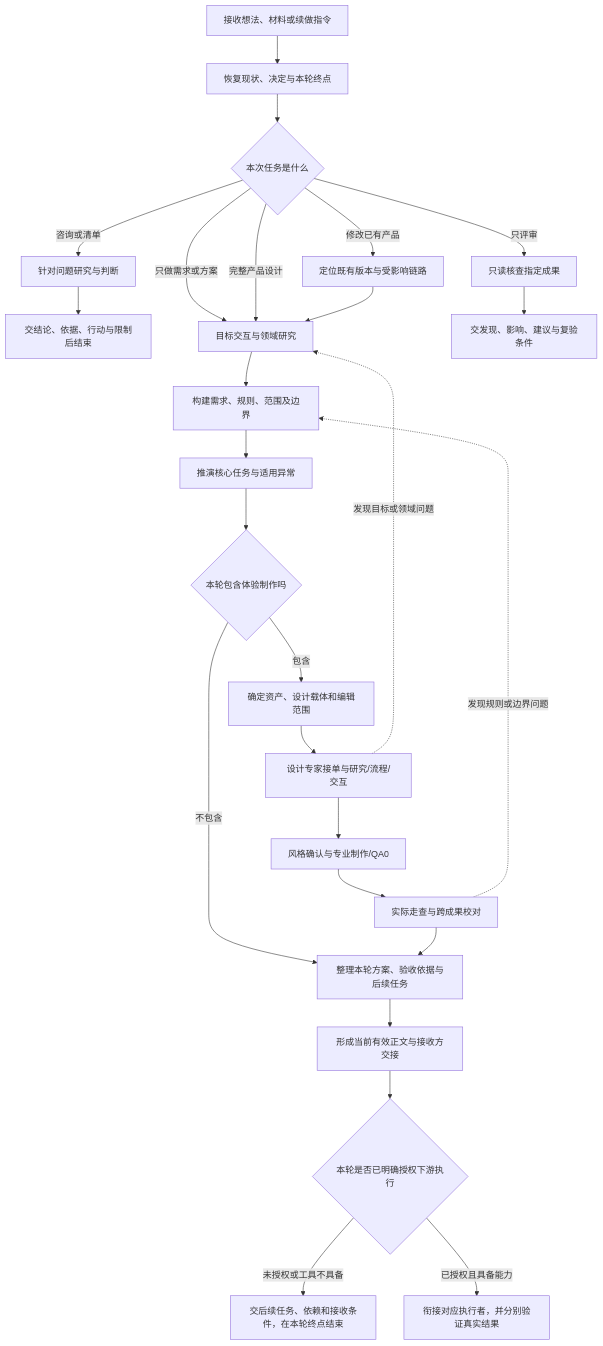
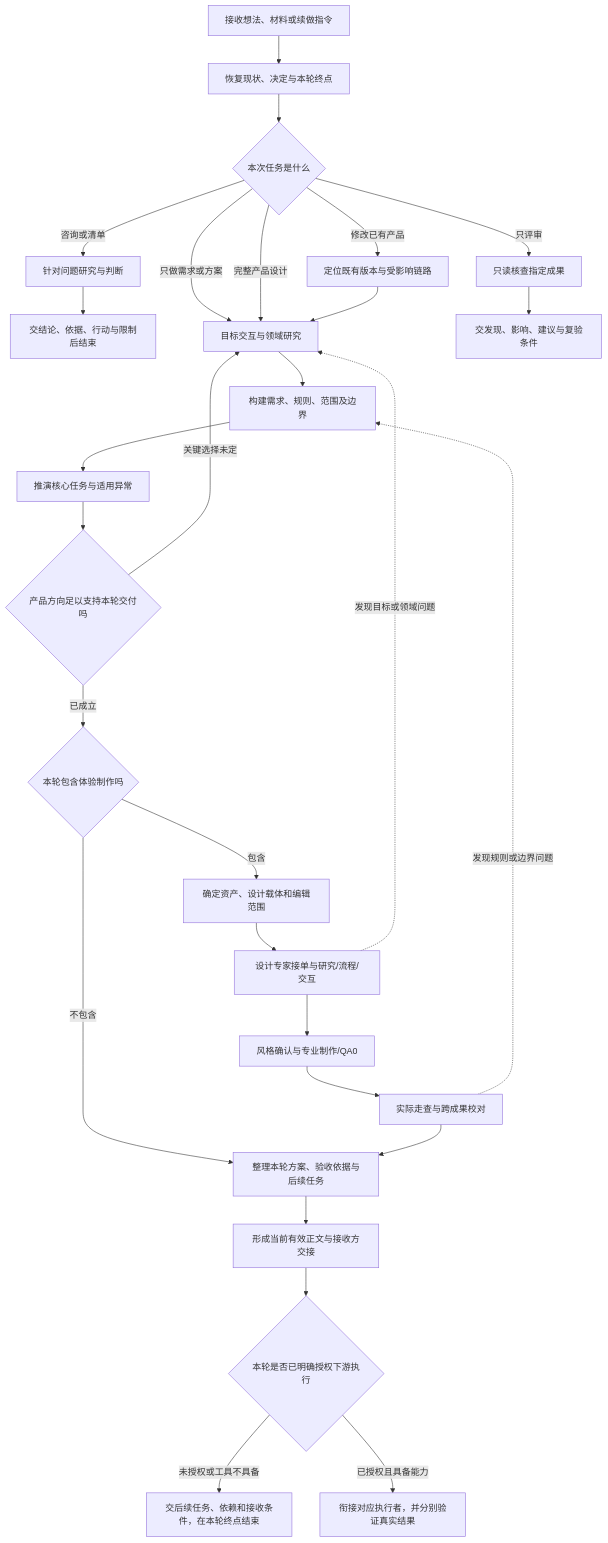
The diagram in docs/workflow.md (junqicheng765-oss/fusion-product-agent), drawn with Mermaid before and after one commit. The commit also changed other lines of this file and 17 other files, not shown here.

````diff
--- a/docs/workflow.md
+++ b/docs/workflow.md
@@ -51,28 +51,30 @@
 ```mermaid
 flowchart TD
     A[接收想法、材料或续做指令] --> B[恢复现状、决定与本轮终点]
     B --> C{本次任务是什么}
     C -->|咨询或清单| Q[针对问题研究与判断]
     Q --> Q2[交结论、依据、行动与限制后结束]
     C -->|只做需求或方案| D[目标交互与领域研究]
     C -->|完整产品设计| D
     C -->|修改已有产品| M[定位既有版本与受影响链路]
     M --> D
     C -->|只评审| R[只读核查指定成果]
     R --> R2[交发现、影响、建议与复验条件]
     D --> E[构建需求、规则、范围及边界]
     E --> F[推演核心任务与适用异常]
-    F --> G{本轮包含体验制作吗}
-    G -->|不包含| H[整理本轮方案、验收依据与后续任务]
-    G -->|包含| I[确定资产、设计载体和编辑范围]
+    F --> G{产品方向足以支持本轮交付吗}
+    G -->|关键选择未定| D
+    G -->|已成立| G2{本轮包含体验制作吗}
+    G2 -->|不包含| H[整理本轮方案、验收依据与后续任务]
+    G2 -->|包含| I[确定资产、设计载体和编辑范围]
     I --> J[设计专家接单与研究/流程/交互]
     J --> K[风格确认与专业制作/QA0]
     K --> L[实际走查与跨成果校对]
     L --> H
     H --> N[形成当前有效正文与接收方交接]
     N --> O{本轮是否已明确授权下游执行}
     O -->|未授权或工具不具备| P[交后续任务、依赖和接收条件，在本轮终点结束]
     O -->|已授权且具备能力| S[衔接对应执行者，并分别验证真实结果]
     J -.发现目标或领域问题.-> D
     L -.发现规则或边界问题.-> E
 ```
````
